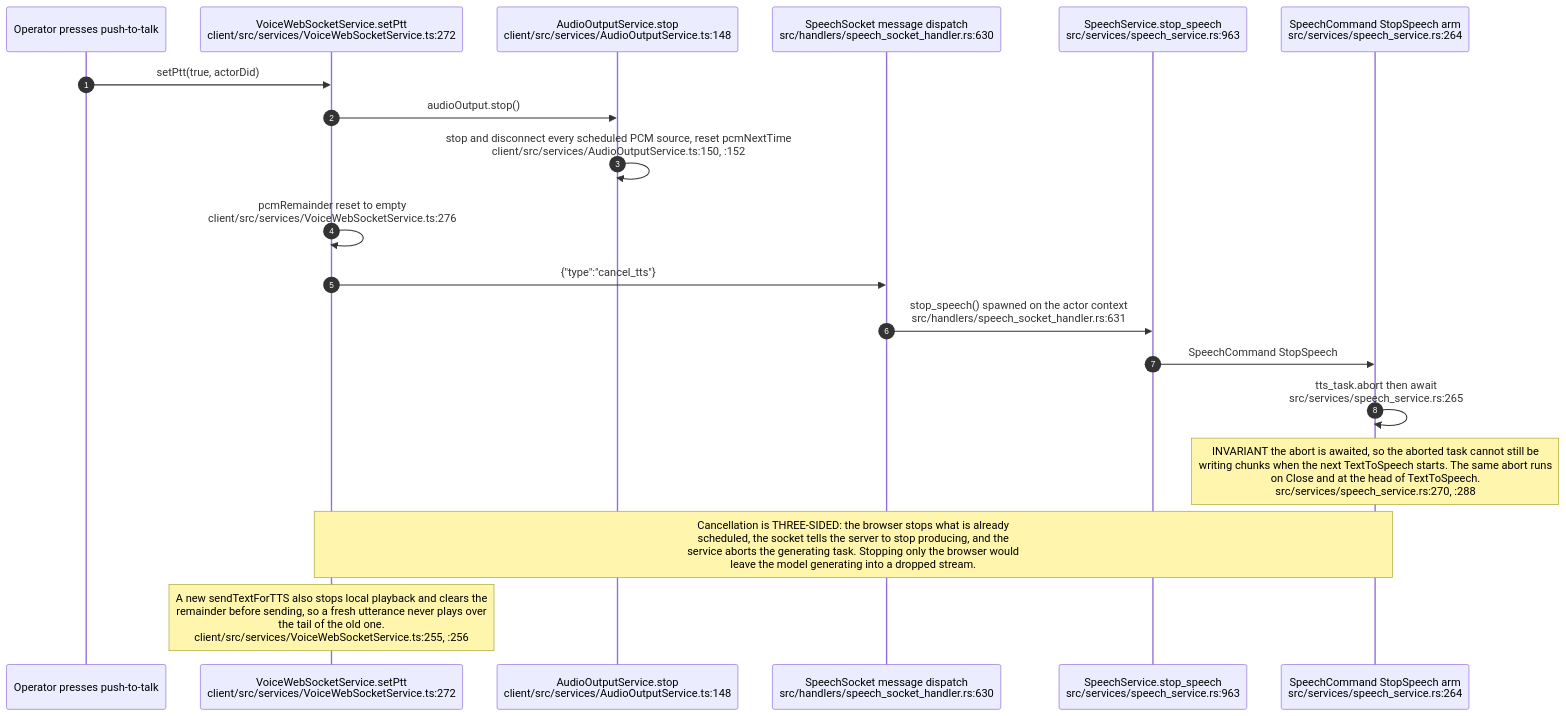
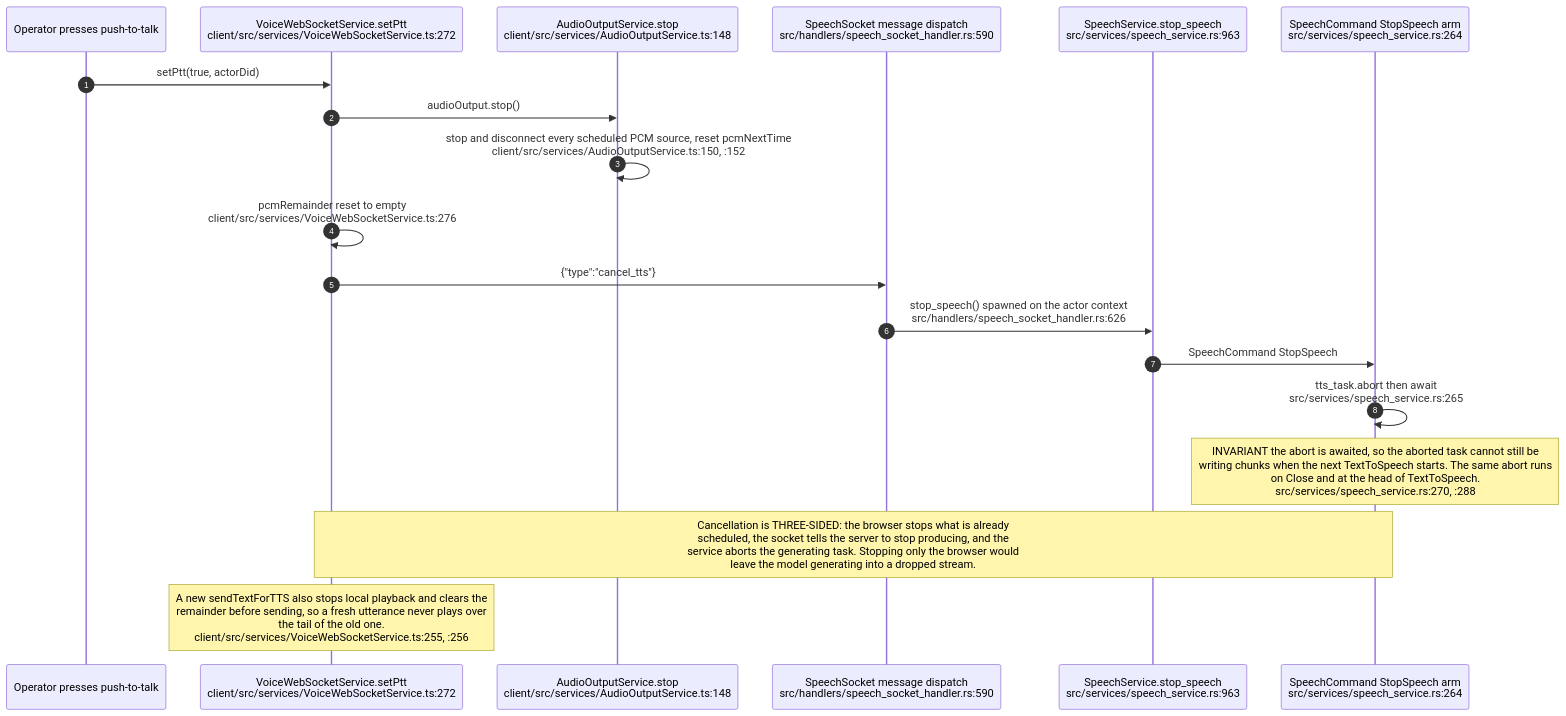
Before and after one commit to DreamLab-AI/VisionFlow: diagram 11 of 12 in docs/diagrams/visionclaw/35-voice-end-to-end.md, drawn with Mermaid. The commit also changed other lines of this file and 10 other files, not shown here.

First line of the commit message:
docs(diagrams): close ER-1 to ER-4 and ER-33 across ten topics, re-stamped

````diff
--- a/docs/diagrams/visionclaw/35-voice-end-to-end.md
+++ b/docs/diagrams/visionclaw/35-voice-end-to-end.md
@@ -511,22 +512,22 @@
 ```mermaid
 sequenceDiagram
     autonumber
     participant U as Operator presses push-to-talk
     participant VW as VoiceWebSocketService.setPtt<br/>client/src/services/VoiceWebSocketService.ts:272
     participant AO as AudioOutputService.stop<br/>client/src/services/AudioOutputService.ts:148
-    participant SS as SpeechSocket message dispatch<br/>src/handlers/speech_socket_handler.rs:630
+    participant SS as SpeechSocket message dispatch<br/>src/handlers/speech_socket_handler.rs:590
     participant SP as SpeechService.stop_speech<br/>src/services/speech_service.rs:963
     participant CMD as SpeechCommand StopSpeech arm<br/>src/services/speech_service.rs:264
 
     U->>VW: setPtt(true, actorDid)
     VW->>AO: audioOutput.stop()
     AO->>AO: stop and disconnect every scheduled PCM source, reset pcmNextTime<br/>client/src/services/AudioOutputService.ts:150, :152
     VW->>VW: pcmRemainder reset to empty<br/>client/src/services/VoiceWebSocketService.ts:276
     VW->>SS: {"type":"cancel_tts"}
-    SS->>SP: stop_speech() spawned on the actor context<br/>src/handlers/speech_socket_handler.rs:631
+    SS->>SP: stop_speech() spawned on the actor context<br/>src/handlers/speech_socket_handler.rs:626
     SP->>CMD: SpeechCommand StopSpeech
     CMD->>CMD: tts_task.abort then await<br/>src/services/speech_service.rs:265
     Note over CMD: INVARIANT the abort is awaited, so the aborted task cannot still be<br/>writing chunks when the next TextToSpeech starts. The same abort runs<br/>on Close and at the head of TextToSpeech.<br/>src/services/speech_service.rs:270, :288
     Note over VW,CMD: Cancellation is THREE-SIDED: the browser stops what is already<br/>scheduled, the socket tells the server to stop producing, and the<br/>service aborts the generating task. Stopping only the browser would<br/>leave the model generating into a dropped stream.
     Note over VW: A new sendTextForTTS also stops local playback and clears the<br/>remainder before sending, so a fresh utterance never plays over<br/>the tail of the old one.<br/>client/src/services/VoiceWebSocketService.ts:255, :256
 ```
````
